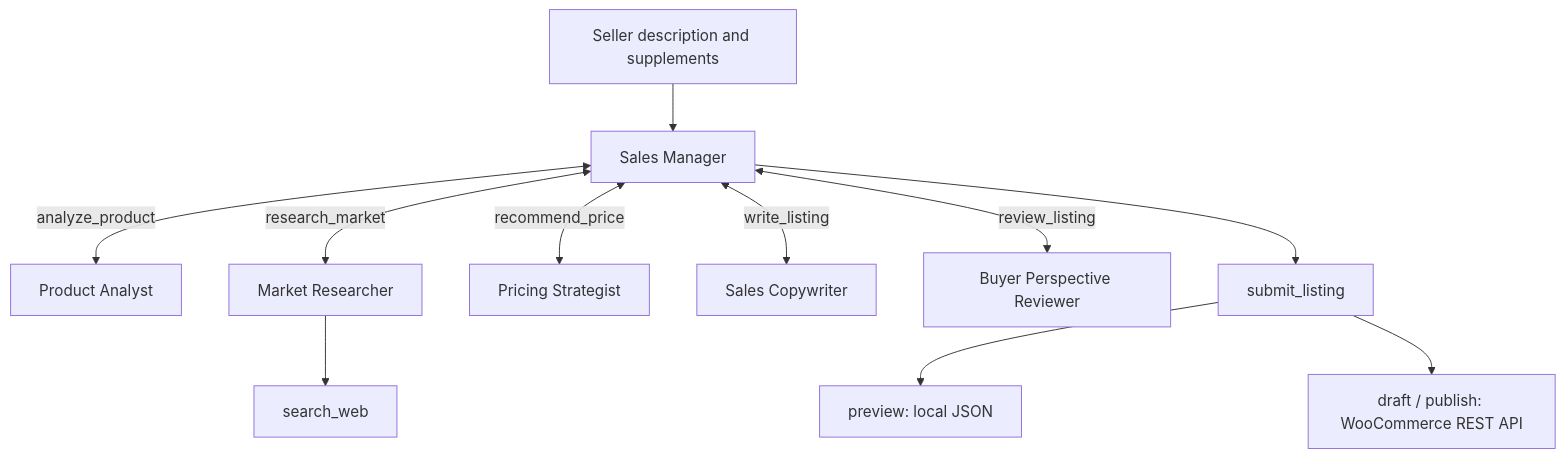
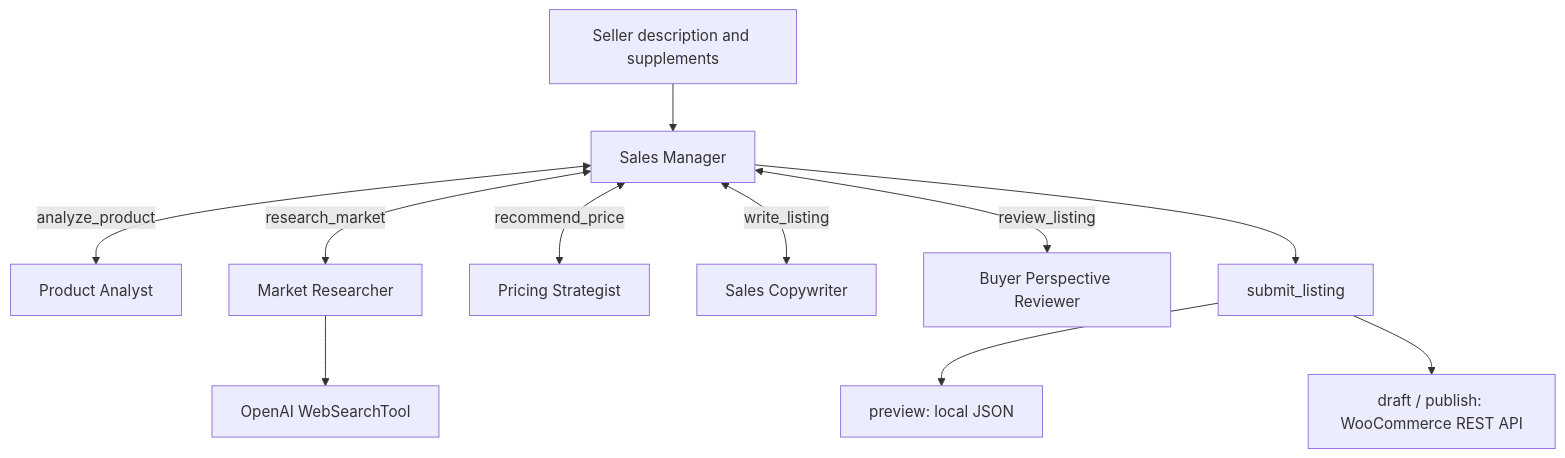
One commit to yufeng32/Product-Release-Assistant changed the first of 2 diagrams in README.md. Above: the diagram before and after it, drawn with Mermaid. The commit also changed other lines of this file and 9 other files, not shown here.

````diff
--- a/README.md
+++ b/README.md
@@ -63,13 +62,13 @@
 ```mermaid
 flowchart TD
     U[Seller description and supplements] --> M[Sales Manager]
     M <-->|analyze_product| A[Product Analyst]
     M <-->|research_market| B[Market Researcher]
     M <-->|recommend_price| C[Pricing Strategist]
     M <-->|write_listing| D[Sales Copywriter]
     M <-->|review_listing| E[Buyer Perspective Reviewer]
-    B --> S[search_web]
+    B --> S[OpenAI WebSearchTool]
     M --> T[submit_listing]
     T --> P[preview: local JSON]
     T --> W[draft / publish: WooCommerce REST API]
 ```
````
